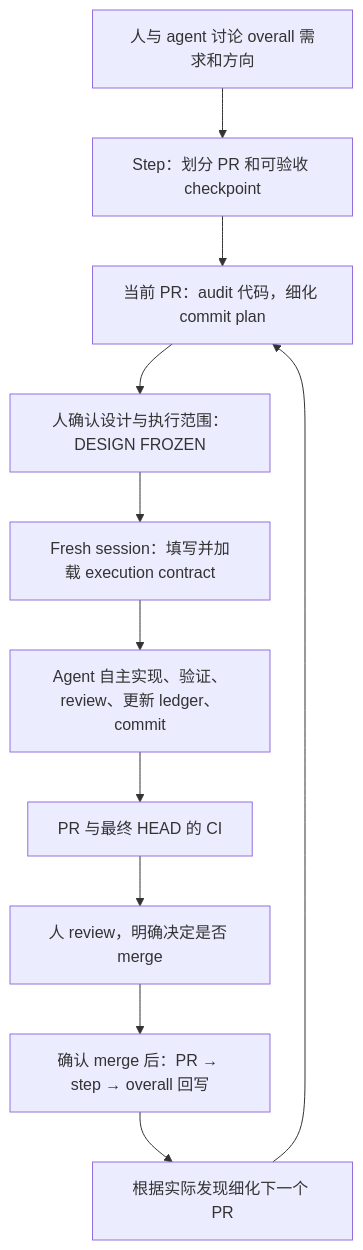
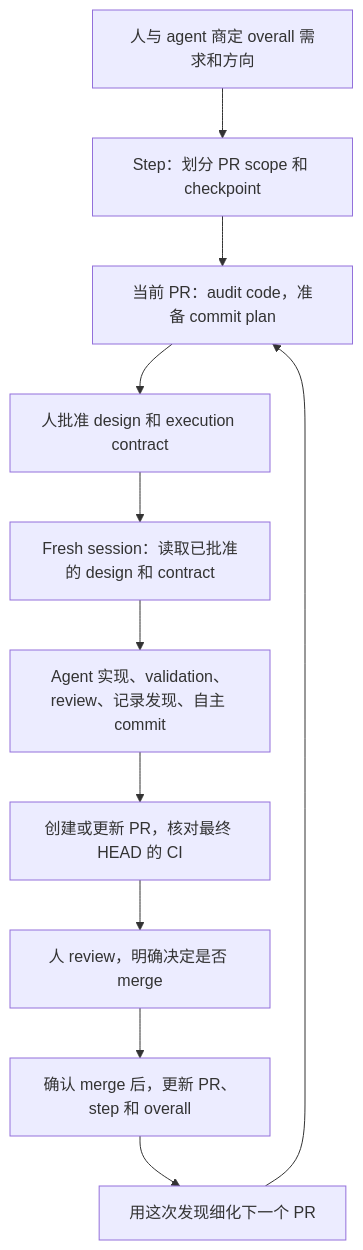
The diagram in structured-coding/README.zh-CN.md (yuema137/structured-coding), drawn with Mermaid before and after one commit. The commit also changed other lines of this file and 4 other files, not shown here.

````diff
--- a/structured-coding/README.zh-CN.md
+++ b/structured-coding/README.zh-CN.md
@@ -29,13 +35,13 @@
 ```mermaid
 flowchart TD
-    A[人与 agent 讨论 overall 需求和方向] --> B[Step：划分 PR 和可验收 checkpoint]
-    B --> C[当前 PR：audit 代码，细化 commit plan]
-    C --> D[人确认设计与执行范围：DESIGN FROZEN]
-    D --> E[Fresh session：填写并加载 execution contract]
-    E --> F[Agent 自主实现、验证、review、更新 ledger、commit]
-    F --> G[PR 与最终 HEAD 的 CI]
+    A[人与 agent 商定 overall 需求和方向] --> B[Step：划分 PR scope 和 checkpoint]
+    B --> C[当前 PR：audit code，准备 commit plan]
+    C --> D[人批准 design 和 execution contract]
+    D --> E[Fresh session：读取已批准的 design 和 contract]
+    E --> F[Agent 实现、validation、review、记录发现、自主 commit]
+    F --> G[创建或更新 PR，核对最终 HEAD 的 CI]
     G --> H[人 review，明确决定是否 merge]
-    H --> I[确认 merge 后：PR → step → overall 回写]
-    I --> J[根据实际发现细化下一个 PR]
+    H --> I[确认 merge 后，更新 PR、step 和 overall]
+    I --> J[用这次发现细化下一个 PR]
     J --> C
 ```
````
